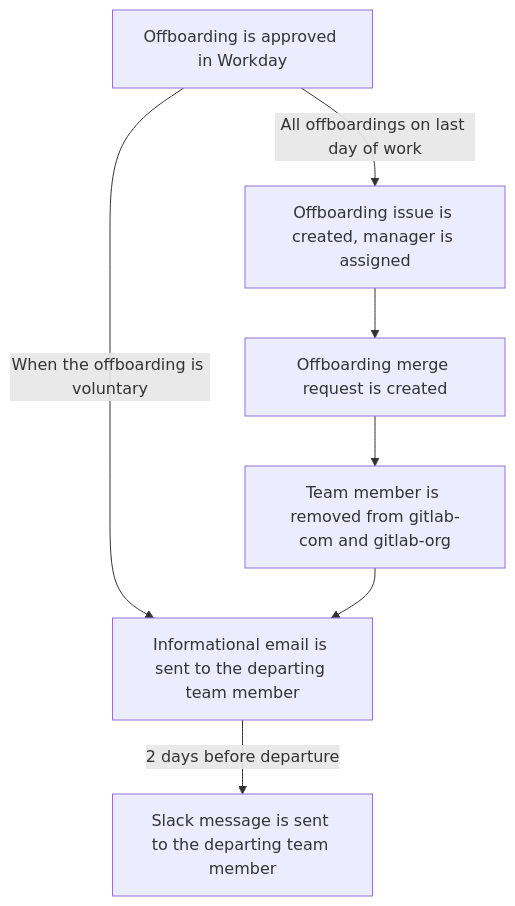
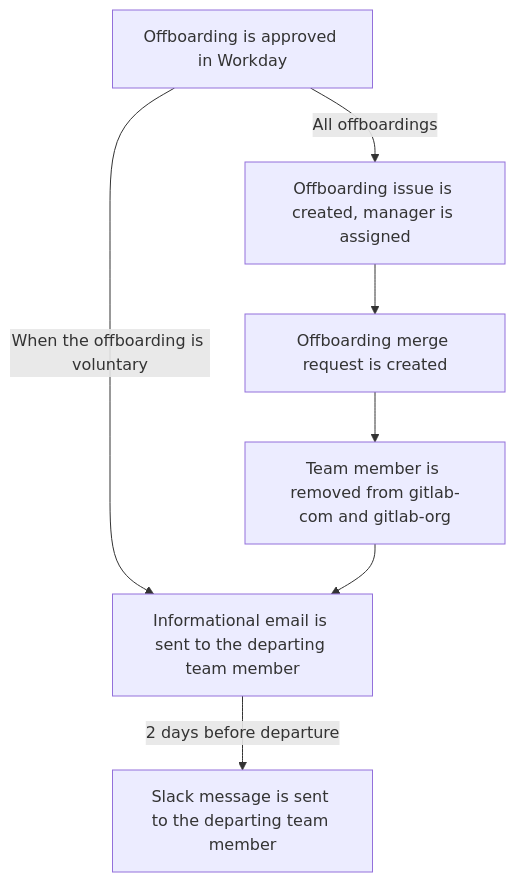
The diagram in content/handbook/people-group/engineering/offboarding.md (secretstartups/handbook), drawn with Mermaid before and after one commit. The commit also changed other lines of this file, not shown here.

Commit message:
Add note to Timeline flow about offboarding types

````diff
--- a/content/handbook/people-group/engineering/offboarding.md
+++ b/content/handbook/people-group/engineering/offboarding.md
@@ -14,10 +14,10 @@
 ```mermaid
 graph TD
-  A[Offboarding is approved in Workday] --> |All offboardings on last day of work| B
+  A[Offboarding is approved in Workday] --> |All offboardings| B
   A --> |When the offboarding is voluntary| G
   B[Offboarding issue is created, manager is assigned] --> C
   C[Offboarding merge request is created] --> D
   D[Team member is removed from gitlab-com and gitlab-org] --> G
   G[Informational email is sent to the departing team member] --> |2 days before departure| H
   H[Slack message is sent to the departing team member]
 ```
````
